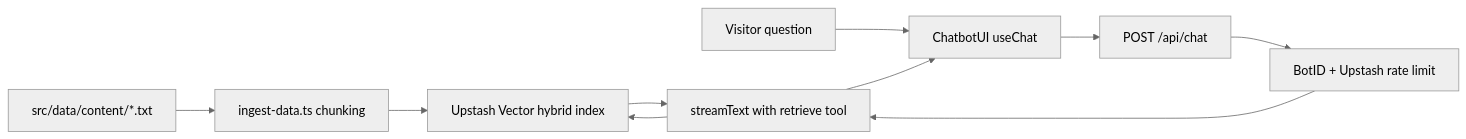
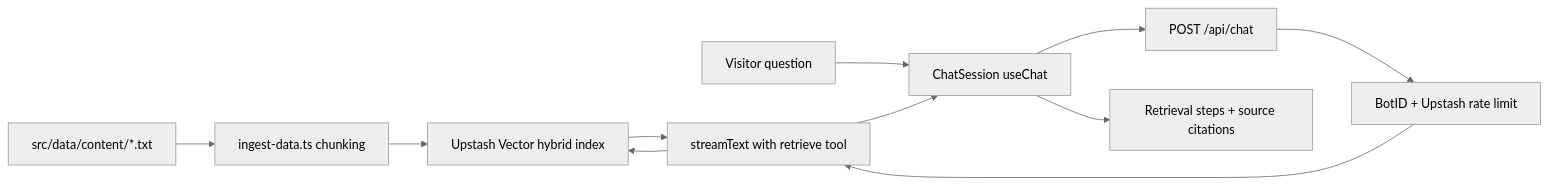
The diagram in README.md (pvanham/portfolio-website), drawn with Mermaid (neutral theme) before and after one commit. The commit also changed other lines of this file and 41 other files, not shown here.

````diff
--- a/README.md
+++ b/README.md
@@ -38,12 +38,13 @@
 ```mermaid
 flowchart LR
   Txt["src/data/content/*.txt"] --> Ingest["ingest-data.ts chunking"]
   Ingest --> Vec["Upstash Vector hybrid index"]
-  User["Visitor question"] --> UI["ChatbotUI useChat"]
+  User["Visitor question"] --> UI["ChatSession useChat"]
   UI --> Api["POST /api/chat"]
   Api --> Guard["BotID + Upstash rate limit"]
   Guard --> Stream["streamText with retrieve tool"]
   Stream --> Vec
   Vec --> Stream
   Stream --> UI
+  UI --> Cite["Retrieval steps + source citations"]
 ```
````
